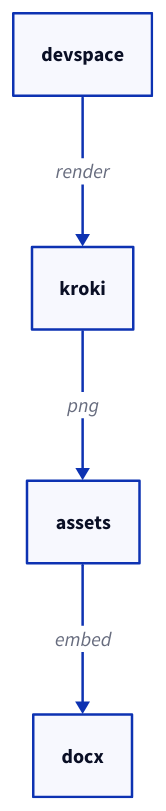
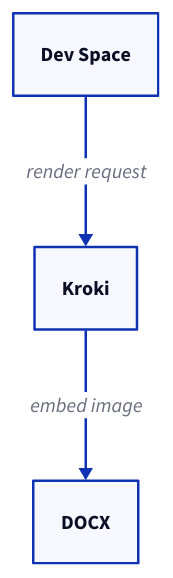
The fourth of 4 diagrams in examples/docx/sample-diagram-gallery.md (KhalilGibrotha/ansible-devspaces), drawn with D2 before and after one commit. The commit also changed other lines of this file, not shown here.

Commit message:
Fix D2 sample in diagram gallery

````diff
--- a/examples/docx/sample-diagram-gallery.md
+++ b/examples/docx/sample-diagram-gallery.md
@@ -111,5 +114,8 @@
 ```d2
-devspace -> kroki: render
-kroki -> assets: png
-assets -> docx: embed
+devspace: "Dev Space"
+kroki: "Kroki"
+docx: "DOCX"
+
+devspace -> kroki: "render request"
+kroki -> docx: "embed image"
 ```
````
